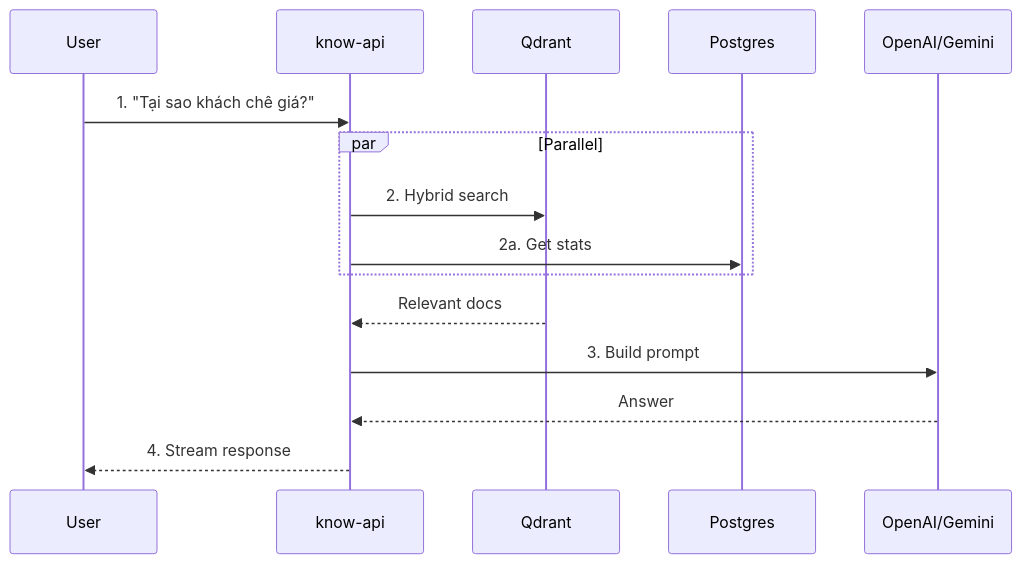
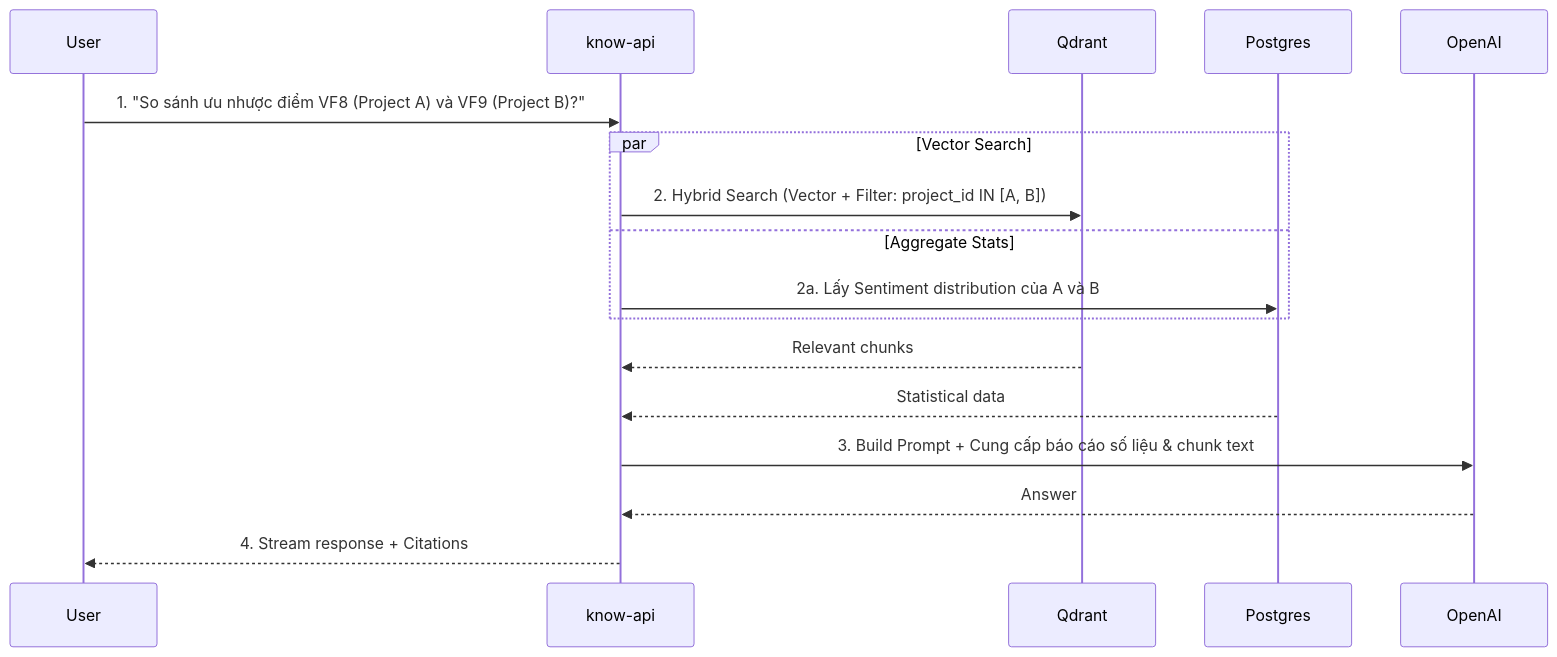
Before and after one commit to smap-hcmut/report: the eighth of 8 diagrams in documents/dataflow-detailed.md, drawn with Mermaid. The commit also changed other lines of this file and 1 other file, not shown here.

Commit message:
feat: Update data flow to v3.0, introduce new Auth and Analytics services, and implement the Campaign-Project-DataSource hierarchy.

````diff
--- a/documents/dataflow-detailed.md
+++ b/documents/dataflow-detailed.md
@@ -815,20 +315,22 @@
 ```mermaid
 sequenceDiagram
     participant User as User
     participant API as know-api
     participant Qdrant as Qdrant
     participant DB as Postgres
-    participant LLM as OpenAI/Gemini
+    participant LLM as OpenAI
 
-    User->>API: 1. "Tại sao khách chê giá?"
+    User->>API: 1. "So sánh ưu nhược điểm VF8 (Project A) và VF9 (Project B)?"
 
-    par Parallel
-        API->>Qdrant: 2. Hybrid search
-        API->>DB: 2a. Get stats
+    par Vector Search
+        API->>Qdrant: 2. Hybrid Search (Vector + Filter: project_id IN [A, B])
+    and Aggregate Stats
+        API->>DB: 2a. Lấy Sentiment distribution của A và B
     end
 
-    Qdrant-->>API: Relevant docs
-    API->>LLM: 3. Build prompt
+    Qdrant-->>API: Relevant chunks
+    DB-->>API: Statistical data
+    API->>LLM: 3. Build Prompt + Cung cấp báo cáo số liệu & chunk text
     LLM-->>API: Answer
-    API-->>User: 4. Stream response
+    API-->>User: 4. Stream response + Citations
 ```
````
